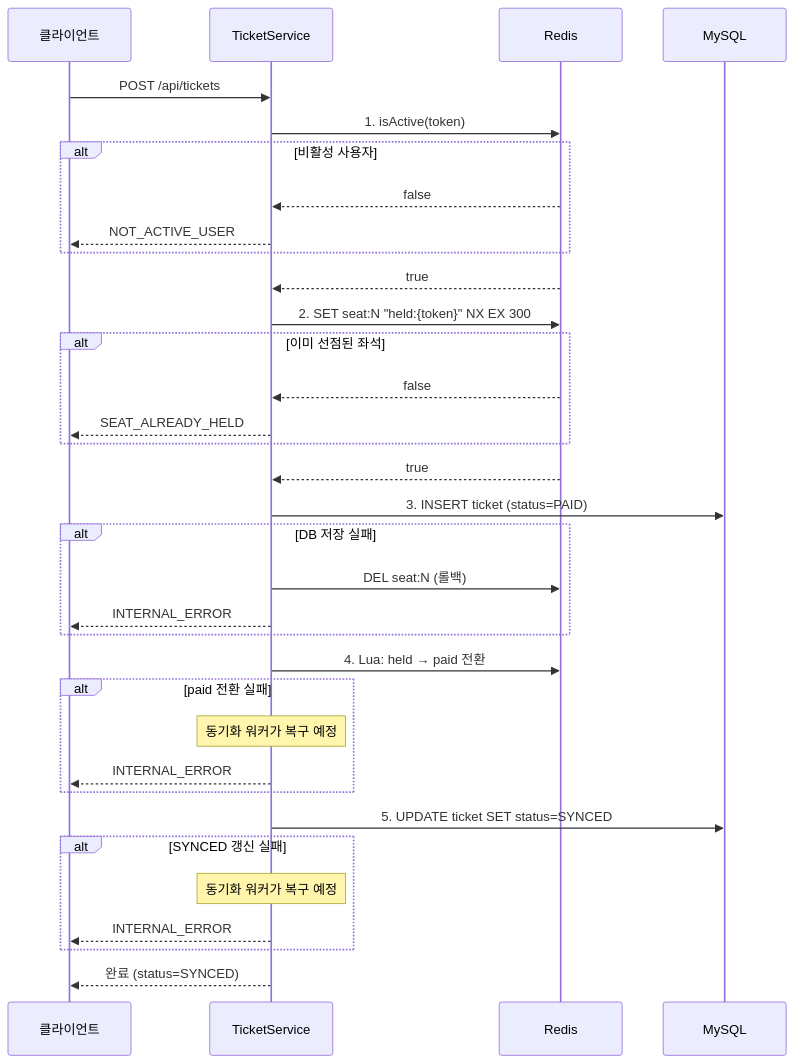
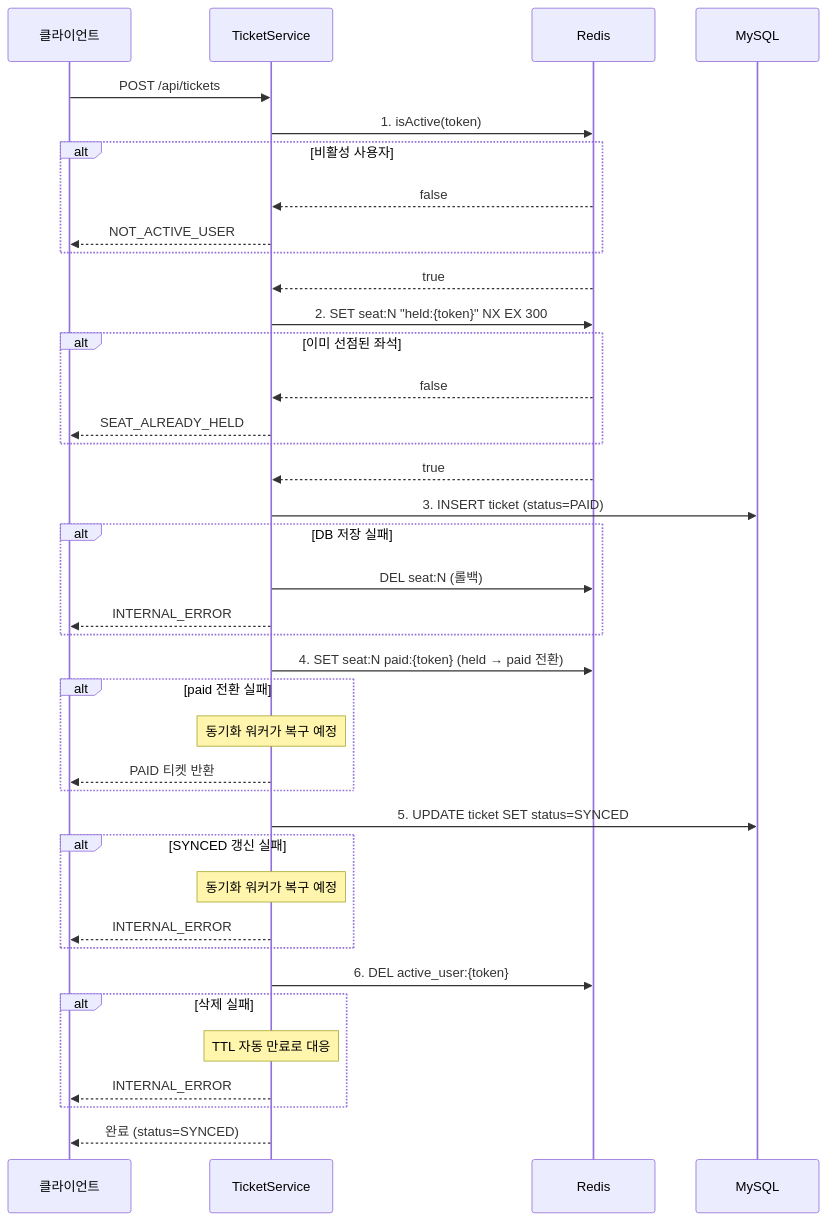
One commit to irnd04/zticket changed the sixth of 7 diagrams in README.md. Above: the diagram before and after it, drawn with Mermaid. The commit also changed other lines of this file and 20 other files, not shown here.

````diff
--- a/README.md
+++ b/README.md
@@ -173,42 +173,48 @@
 ```mermaid
 sequenceDiagram
     participant C as 클라이언트
     participant T as TicketService
     participant R as Redis
     participant DB as MySQL
 
     C->>T: POST /api/tickets
 
     T->>R: 1. isActive(token)
     alt 비활성 사용자
         R-->>T: false
         T-->>C: NOT_ACTIVE_USER
     end
     R-->>T: true
 
     T->>R: 2. SET seat:N "held:{token}" NX EX 300
     alt 이미 선점된 좌석
         R-->>T: false
         T-->>C: SEAT_ALREADY_HELD
     end
     R-->>T: true
 
     T->>DB: 3. INSERT ticket (status=PAID)
     alt DB 저장 실패
         T->>R: DEL seat:N (롤백)
         T-->>C: INTERNAL_ERROR
     end
 
-    T->>R: 4. Lua: held → paid 전환
+    T->>R: 4. SET seat:N paid:{token} (held → paid 전환)
     alt paid 전환 실패
         Note over T: 동기화 워커가 복구 예정
-        T-->>C: INTERNAL_ERROR
+        T-->>C: PAID 티켓 반환
     end
 
     T->>DB: 5. UPDATE ticket SET status=SYNCED
     alt SYNCED 갱신 실패
         Note over T: 동기화 워커가 복구 예정
         T-->>C: INTERNAL_ERROR
     end
+
+    T->>R: 6. DEL active_user:{token}
+    alt 삭제 실패
+        Note over T: TTL 자동 만료로 대응
+        T-->>C: INTERNAL_ERROR
+    end
     T-->>C: 완료 (status=SYNCED)
 ```
````
